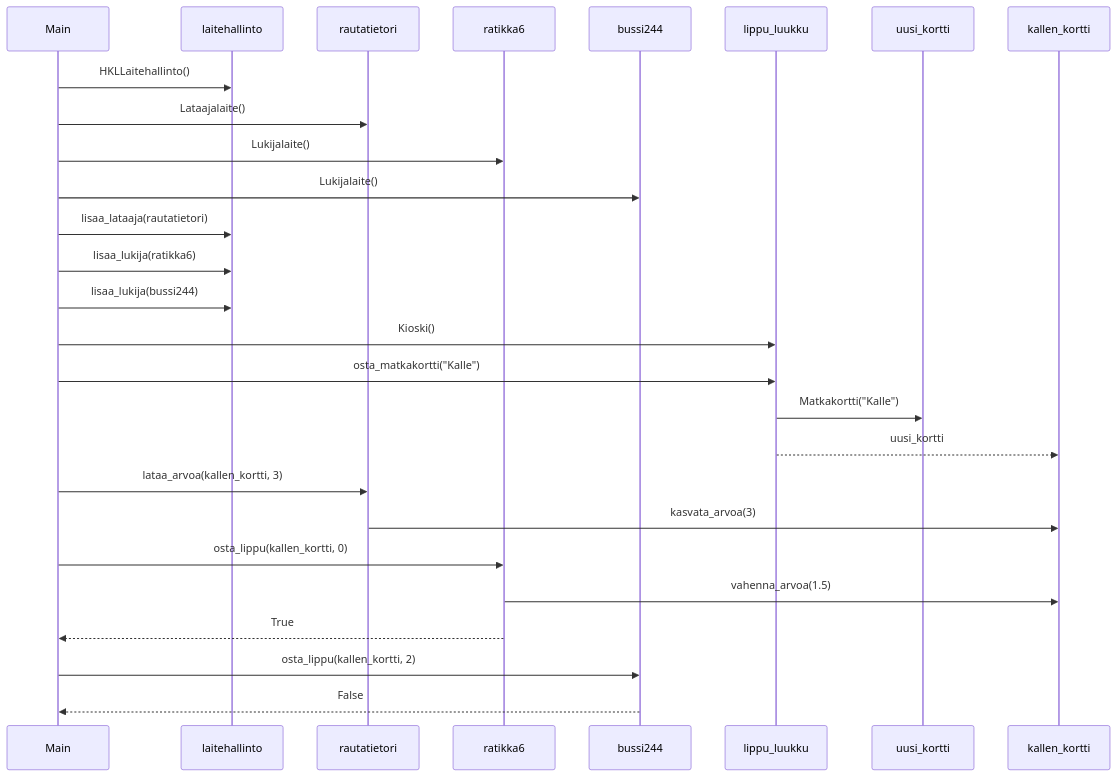
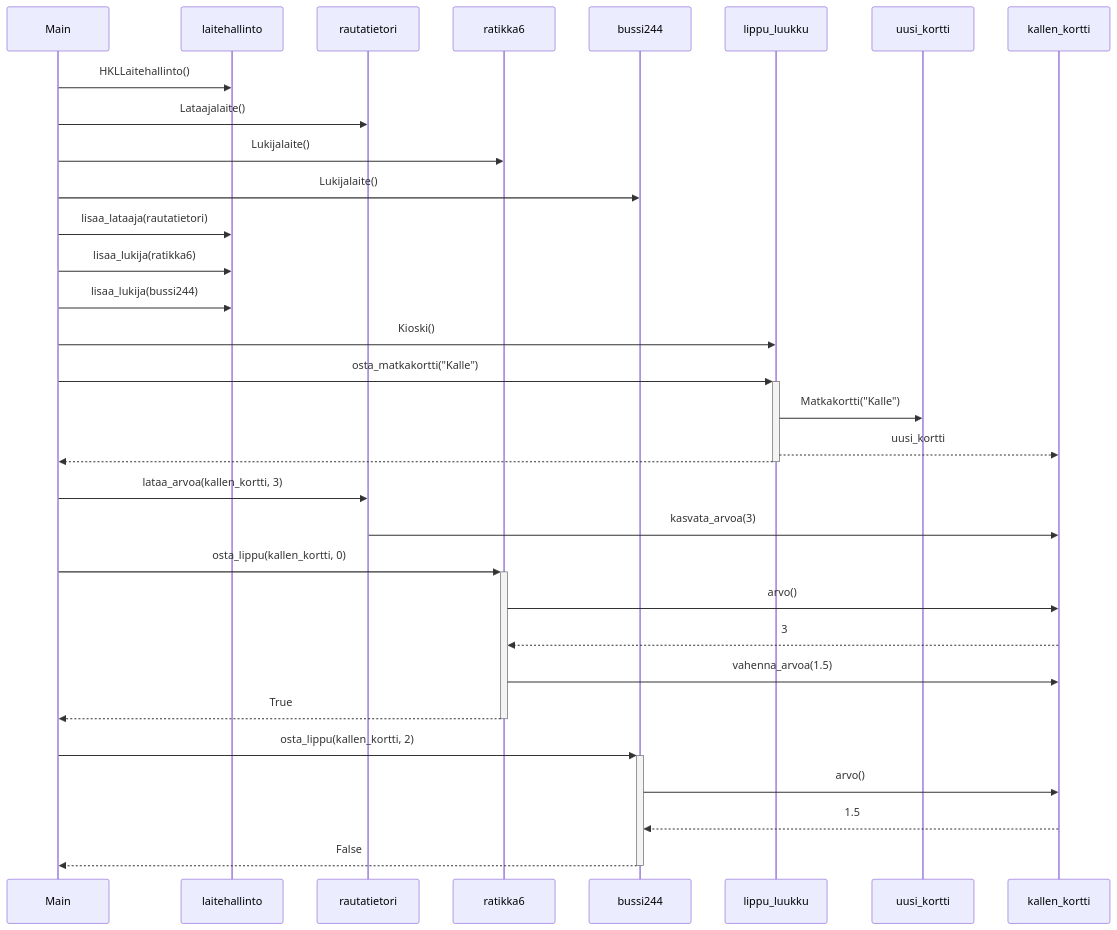
Before and after one commit to codePercidae/ot-harjoitustyo: the diagram in laskarit/viikko3/largeSequence.md, drawn with Mermaid.

Commit message:
Complete largeSequence.md

````diff
--- a/laskarit/viikko3/largeSequence.md
+++ b/laskarit/viikko3/largeSequence.md
@@ -1,21 +1,26 @@
 ```mermaid
 sequenceDiagram
     Main->>laitehallinto: HKLLaitehallinto()
     Main->>rautatietori: Lataajalaite()
     Main->>ratikka6: Lukijalaite()
     Main->>bussi244: Lukijalaite()
     Main->>laitehallinto: lisaa_lataaja(rautatietori)
     Main->>laitehallinto: lisaa_lukija(ratikka6)
     Main->>laitehallinto: lisaa_lukija(bussi244)
     Main->>lippu_luukku: Kioski()
-    Main->>lippu_luukku: osta_matkakortti("Kalle")
+    Main->>+lippu_luukku: osta_matkakortti("Kalle")
     lippu_luukku->>uusi_kortti: Matkakortti("Kalle")
     lippu_luukku-->>kallen_kortti: uusi_kortti
+    lippu_luukku-->>-Main: 
     Main->>rautatietori: lataa_arvoa(kallen_kortti, 3) 
     rautatietori->>kallen_kortti: kasvata_arvoa(3)
-    Main->>ratikka6: osta_lippu(kallen_kortti, 0)
+    Main->>+ratikka6: osta_lippu(kallen_kortti, 0)
+    ratikka6->>kallen_kortti: arvo()
+    kallen_kortti-->>ratikka6: 3
     ratikka6->>kallen_kortti: vahenna_arvoa(1.5)
-    ratikka6-->>Main: True
-    Main->>bussi244: osta_lippu(kallen_kortti, 2)
-    bussi244-->>Main: False
+    ratikka6-->>-Main: True
+    Main->>+bussi244: osta_lippu(kallen_kortti, 2)
+    bussi244->>kallen_kortti: arvo()
+    kallen_kortti-->>bussi244: 1.5
+    bussi244-->>-Main: False
 ```
````
